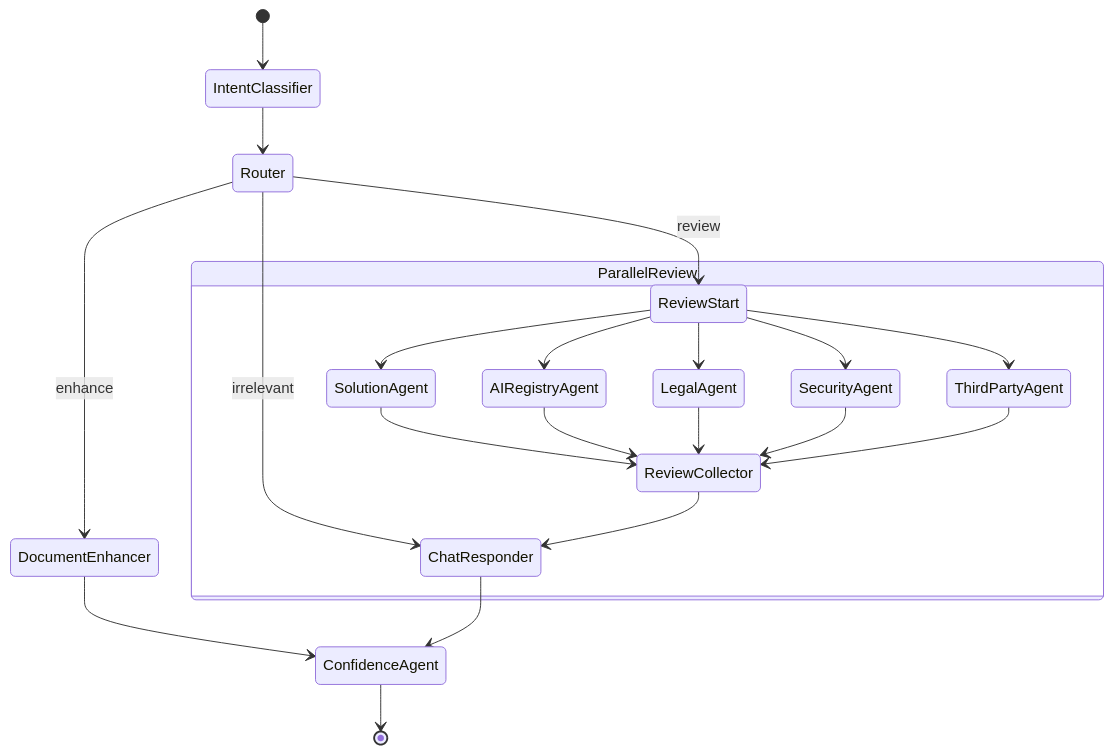
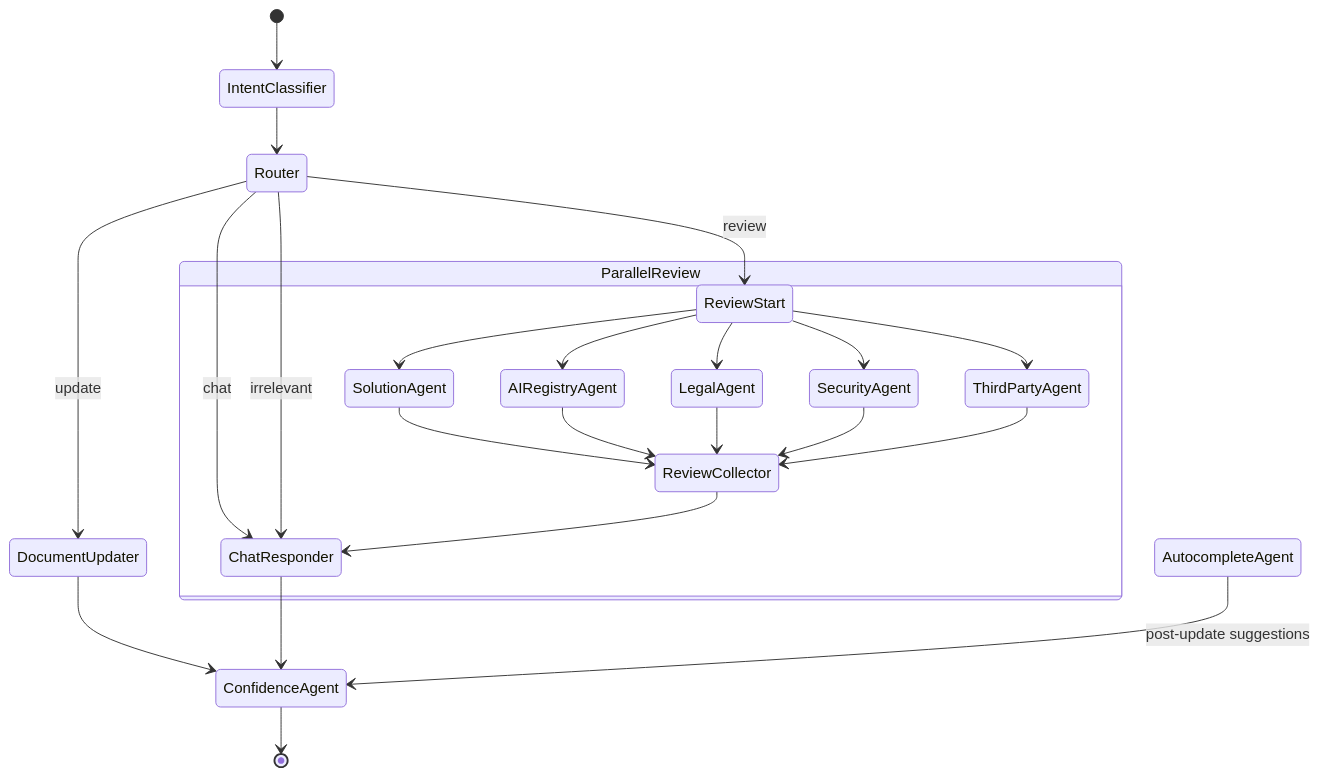
One commit to Harsha-Reddy21/multi-agent-idea-generator changed the second of 2 diagrams in mermaid.md. Above: the diagram before and after it, drawn with Mermaid. The commit also changed other lines of this file, not shown here.

````diff
--- a/mermaid.md
+++ b/mermaid.md
@@ -61,30 +67,33 @@
 ```mermaid
 stateDiagram-v2
     [*] --> IntentClassifier
     
     IntentClassifier --> Router
     
     Router --> ReviewStart: review
-    Router --> DocumentEnhancer: enhance
+    Router --> DocumentUpdater: update
+    Router --> ChatResponder: chat
     Router --> ChatResponder: irrelevant
     
     state ParallelReview {
         ReviewStart --> SolutionAgent
         ReviewStart --> AIRegistryAgent
         ReviewStart --> LegalAgent
         ReviewStart --> SecurityAgent
         ReviewStart --> ThirdPartyAgent
         
         SolutionAgent --> ReviewCollector
         AIRegistryAgent --> ReviewCollector
         LegalAgent --> ReviewCollector
         SecurityAgent --> ReviewCollector
         ThirdPartyAgent --> ReviewCollector
         
         ReviewCollector --> ChatResponder
     }
     
-    DocumentEnhancer --> ConfidenceAgent
+    DocumentUpdater --> ConfidenceAgent
     ChatResponder --> ConfidenceAgent
     ConfidenceAgent --> [*]
+    
+    AutocompleteAgent --> ConfidenceAgent : post-update suggestions
 ```
````
